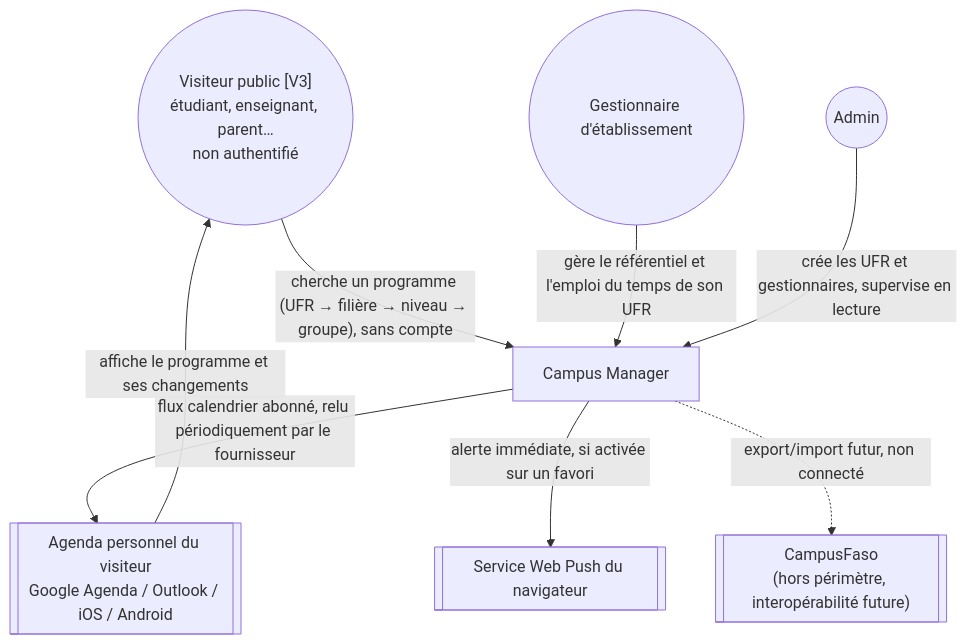
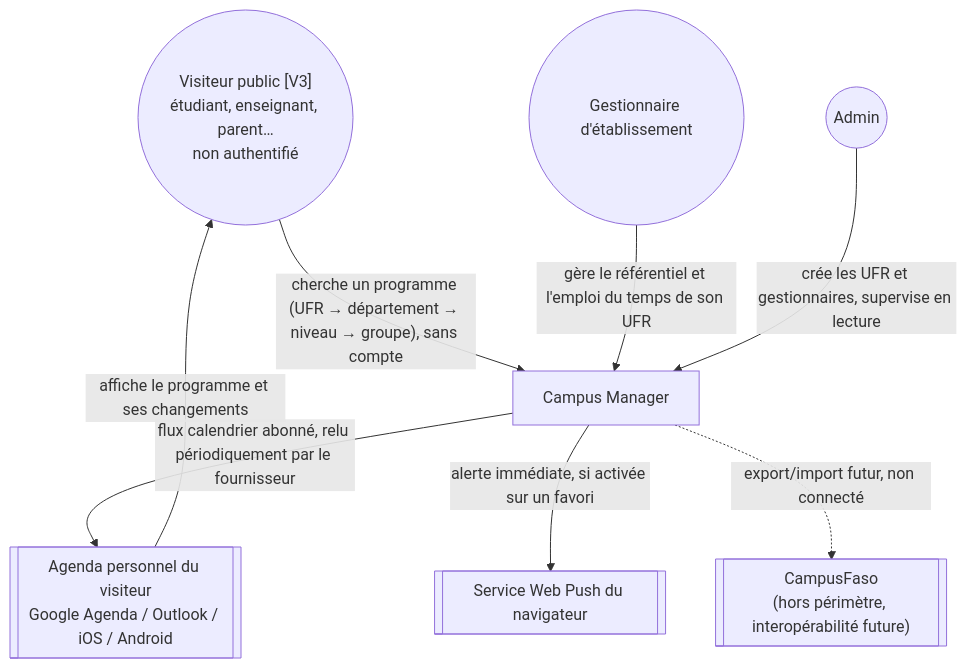
One commit to Kevin23phx/Gestionnaire_emploi_de_temps changed the first of 7 diagrams in docs/05_UML_C4_Campus_Manager.md. Above: the diagram before and after it, drawn with Mermaid. The commit also changed other lines of this file and 18 other files, not shown here.

````diff
--- a/docs/05_UML_C4_Campus_Manager.md
+++ b/docs/05_UML_C4_Campus_Manager.md
@@ -20,18 +20,18 @@
 ```mermaid
 graph TB
     Visiteur(("Visiteur public [V3]<br/>étudiant, enseignant, parent…<br/>non authentifié"))
     Scolarite((Gestionnaire d'établissement))
     Admin((Admin))
     CM[Campus Manager]
     Agenda[["Agenda personnel du visiteur<br/>Google Agenda / Outlook / iOS / Android"]]
     Push[["Service Web Push du navigateur"]]
     CF[["CampusFaso<br/>(hors périmètre, interopérabilité future)"]]
 
-    Visiteur -->|"cherche un programme (UFR → filière → niveau → groupe), sans compte"| CM
+    Visiteur -->|"cherche un programme (UFR → département → niveau → groupe), sans compte"| CM
     Scolarite -->|gère le référentiel et l'emploi du temps de son UFR| CM
     Admin -->|crée les UFR et gestionnaires, supervise en lecture| CM
     CM -->|"flux calendrier abonné, relu périodiquement par le fournisseur"| Agenda
     Agenda -->|affiche le programme et ses changements| Visiteur
     CM -->|"alerte immédiate, si activée sur un favori"| Push
     CM -.->|export/import futur, non connecté| CF
 ```
````
